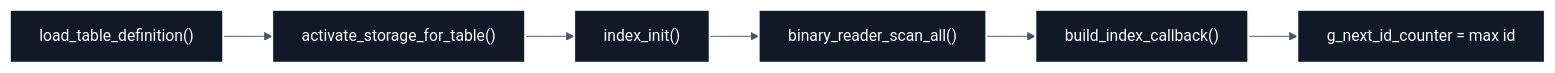
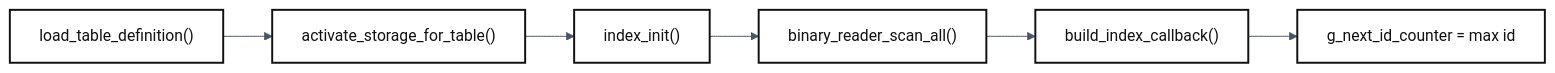
Before and after one commit to Jungle-12-303/week7-team1-sql-2: the tenth of 14 diagrams in README.md, drawn with Mermaid. The commit also changed other lines of this file, not shown here.

Commit message:
Refine README diagram colors for light mode

````diff
--- a/README.md
+++ b/README.md
@@ -502,25 +502,25 @@
 ```mermaid
 %%{init: {
   "theme": "base",
   "themeVariables": {
     "background": "#ffffff",
     "primaryColor": "#f8fafc",
     "primaryTextColor": "#111827",
     "primaryBorderColor": "#334155",
     "lineColor": "#475569",
     "secondaryColor": "#f1f5f9",
     "secondaryTextColor": "#111827",
     "tertiaryColor": "#e2e8f0",
     "tertiaryTextColor": "#111827"
   }
 }}%%
 flowchart LR
     A["load_table_definition()"] --> B["activate_storage_for_table()"]
     B --> C["index_init()"]
     C --> D["binary_reader_scan_all()"]
     D --> E["build_index_callback()"]
     E --> F["g_next_id_counter = max id"]
 
-    classDef box fill:#111827,stroke:#f9fafb,stroke-width:2px,color:#f9fafb;
+    classDef box fill:#ffffff,stroke:#111111,stroke-width:2px,color:#111111;
     class A,B,C,D,E,F box;
 ```
````
